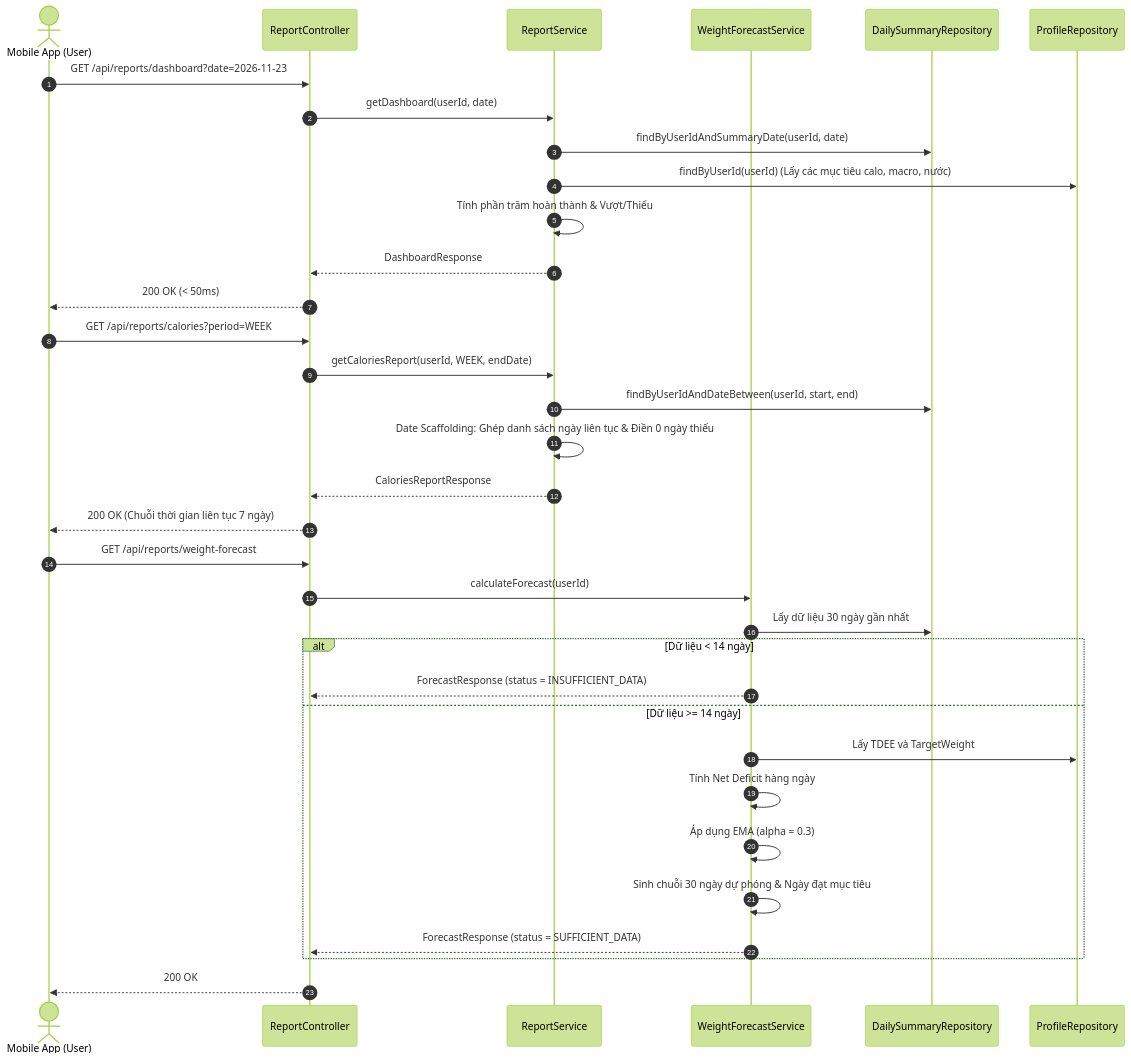
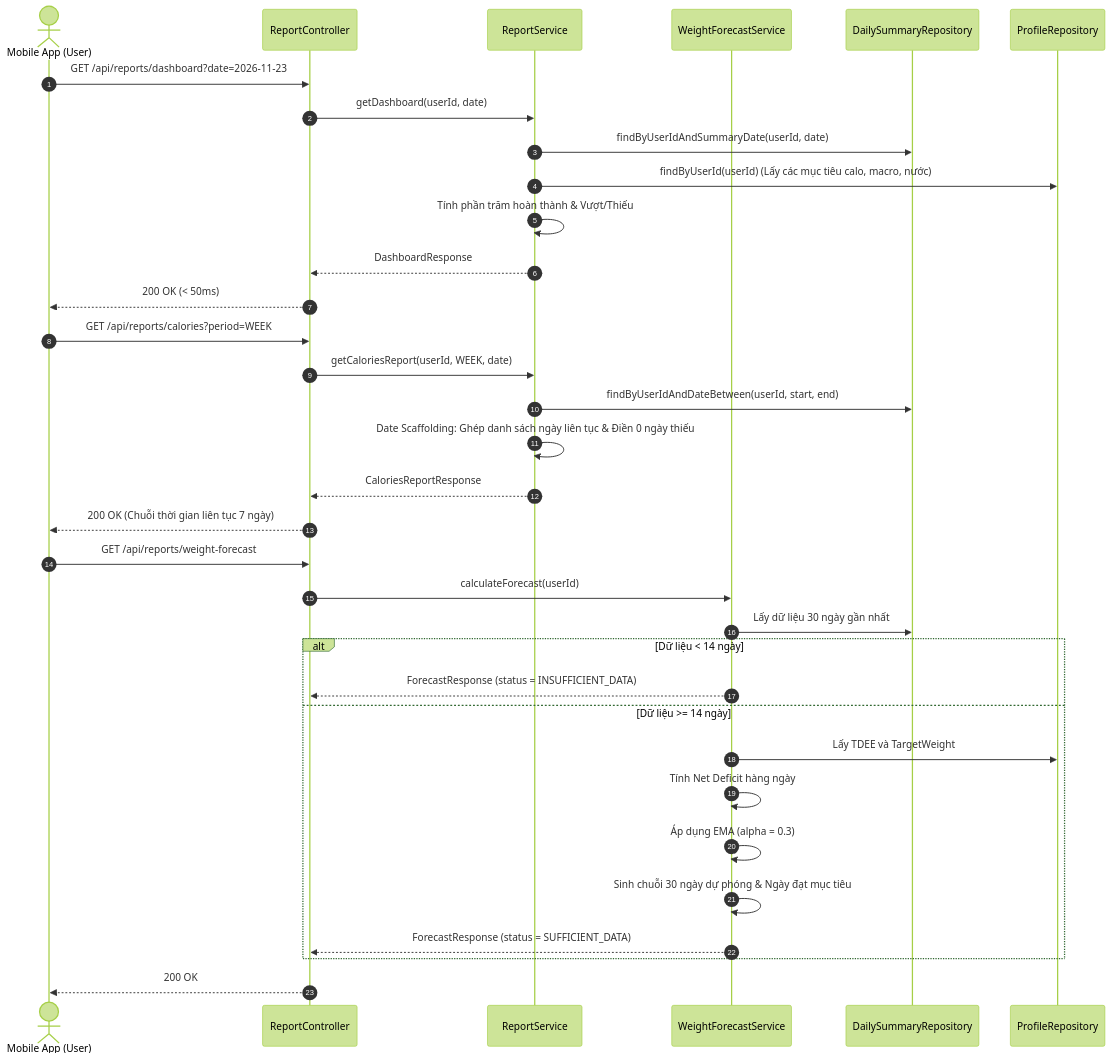
Before and after one commit to tranductrung04/kallo-backend: the diagram in docs/IMPLEMENT_MODULE_REPORT.md, drawn with Mermaid (forest theme). The commit also changed other lines of this file and 4 other files, not shown here.

````diff
--- a/docs/IMPLEMENT_MODULE_REPORT.md
+++ b/docs/IMPLEMENT_MODULE_REPORT.md
@@ -336,42 +338,42 @@
 ```mermaid
 sequenceDiagram
     autonumber
     actor Mobile as Mobile App (User)
     participant Ctrl as ReportController
     participant RepService as ReportService
     participant Forecast as WeightForecastService
     participant SumRepo as DailySummaryRepository
     participant ProfRepo as ProfileRepository
 
     %% 1. Dashboard
     Mobile->>Ctrl: GET /api/reports/dashboard?date=2026-11-23
     Ctrl->>RepService: getDashboard(userId, date)
     RepService->>SumRepo: findByUserIdAndSummaryDate(userId, date)
     RepService->>ProfRepo: findByUserId(userId) (Lấy các mục tiêu calo, macro, nước)
     RepService->>RepService: Tính phần trăm hoàn thành & Vượt/Thiếu
     RepService-->>Ctrl: DashboardResponse
     Ctrl-->>Mobile: 200 OK (< 50ms)
 
     %% 2. Time Series with Scaffolding
     Mobile->>Ctrl: GET /api/reports/calories?period=WEEK
-    Ctrl->>RepService: getCaloriesReport(userId, WEEK, endDate)
+    Ctrl->>RepService: getCaloriesReport(userId, WEEK, date)
     RepService->>SumRepo: findByUserIdAndDateBetween(userId, start, end)
     RepService->>RepService: Date Scaffolding: Ghép danh sách ngày liên tục & Điền 0 ngày thiếu
     RepService-->>Ctrl: CaloriesReportResponse
     Ctrl-->>Mobile: 200 OK (Chuỗi thời gian liên tục 7 ngày)
 
     %% 3. Weight Forecast (EMA)
     Mobile->>Ctrl: GET /api/reports/weight-forecast
     Ctrl->>Forecast: calculateForecast(userId)
     Forecast->>SumRepo: Lấy dữ liệu 30 ngày gần nhất
     alt Dữ liệu < 14 ngày
         Forecast-->>Ctrl: ForecastResponse (status = INSUFFICIENT_DATA)
     else Dữ liệu >= 14 ngày
         Forecast->>ProfRepo: Lấy TDEE và TargetWeight
         Forecast->>Forecast: Tính Net Deficit hàng ngày
         Forecast->>Forecast: Áp dụng EMA (alpha = 0.3)
         Forecast->>Forecast: Sinh chuỗi 30 ngày dự phóng & Ngày đạt mục tiêu
         Forecast-->>Ctrl: ForecastResponse (status = SUFFICIENT_DATA)
     end
     Ctrl-->>Mobile: 200 OK
 ```
````
